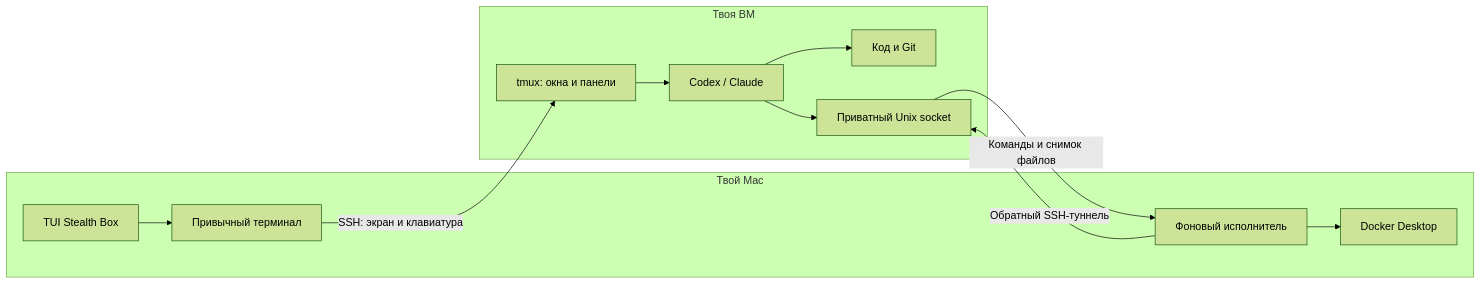
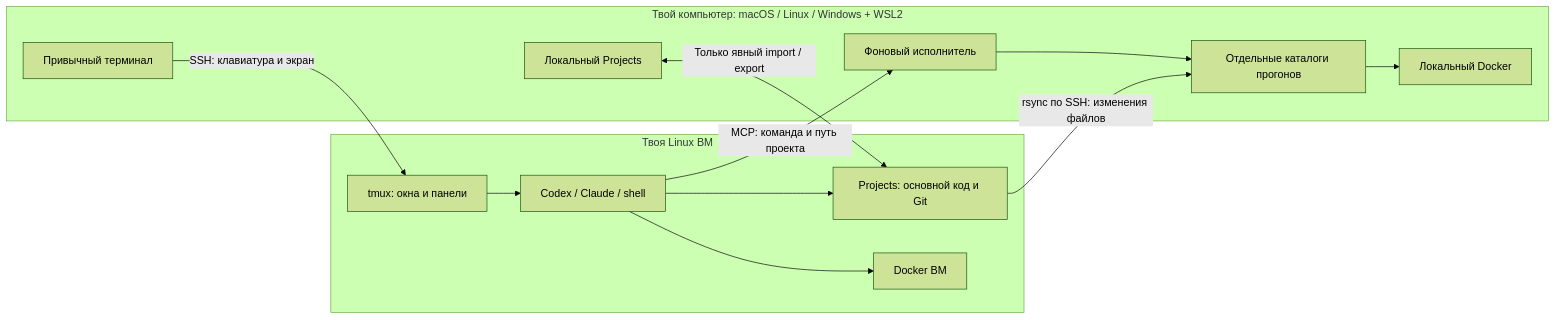
The first of 2 diagrams in README.md (mcoder33/stealthbox), drawn with Mermaid (forest theme) before and after one commit. The commit also changed other lines of this file and 29 other files, not shown here.

````diff
--- a/README.md
+++ b/README.md
@@ -29,23 +9,23 @@
 ```mermaid
 flowchart LR
-  subgraph MAC[Твой Mac]
+  subgraph LOCAL[Твой компьютер: macOS / Linux / Windows + WSL2]
     T[Привычный терминал]
-    UI[TUI Stealth Box]
     B[Фоновый исполнитель]
-    D[Docker Desktop]
-    UI --> T
-    B --> D
+    R[Отдельные каталоги прогонов]
+    D[Локальный Docker]
+    L[Локальный Projects]
+    B --> R --> D
   end
-  subgraph VM[Твоя ВМ]
+  subgraph VM[Твоя Linux ВМ]
     M[tmux: окна и панели]
-    C[Codex / Claude]
-    G[Код и Git]
-    S[Приватный Unix socket]
-    M --> C
-    C --> G
-    C --> S
+    A[Codex / Claude / shell]
+    P[Projects: основной код и Git]
+    V[Docker ВМ]
+    M --> A --> P
+    A --> V
   end
-  T -->|SSH: экран и клавиатура| M
-  B -->|Обратный SSH-туннель| S
-  S -->|Команды и снимок файлов| B
+  T -->|SSH: клавиатура и экран| M
+  A -->|MCP: команда и путь проекта| B
+  P -->|rsync по SSH: изменения файлов| R
+  L <-->|Только явный import / export| P
 ```
````
